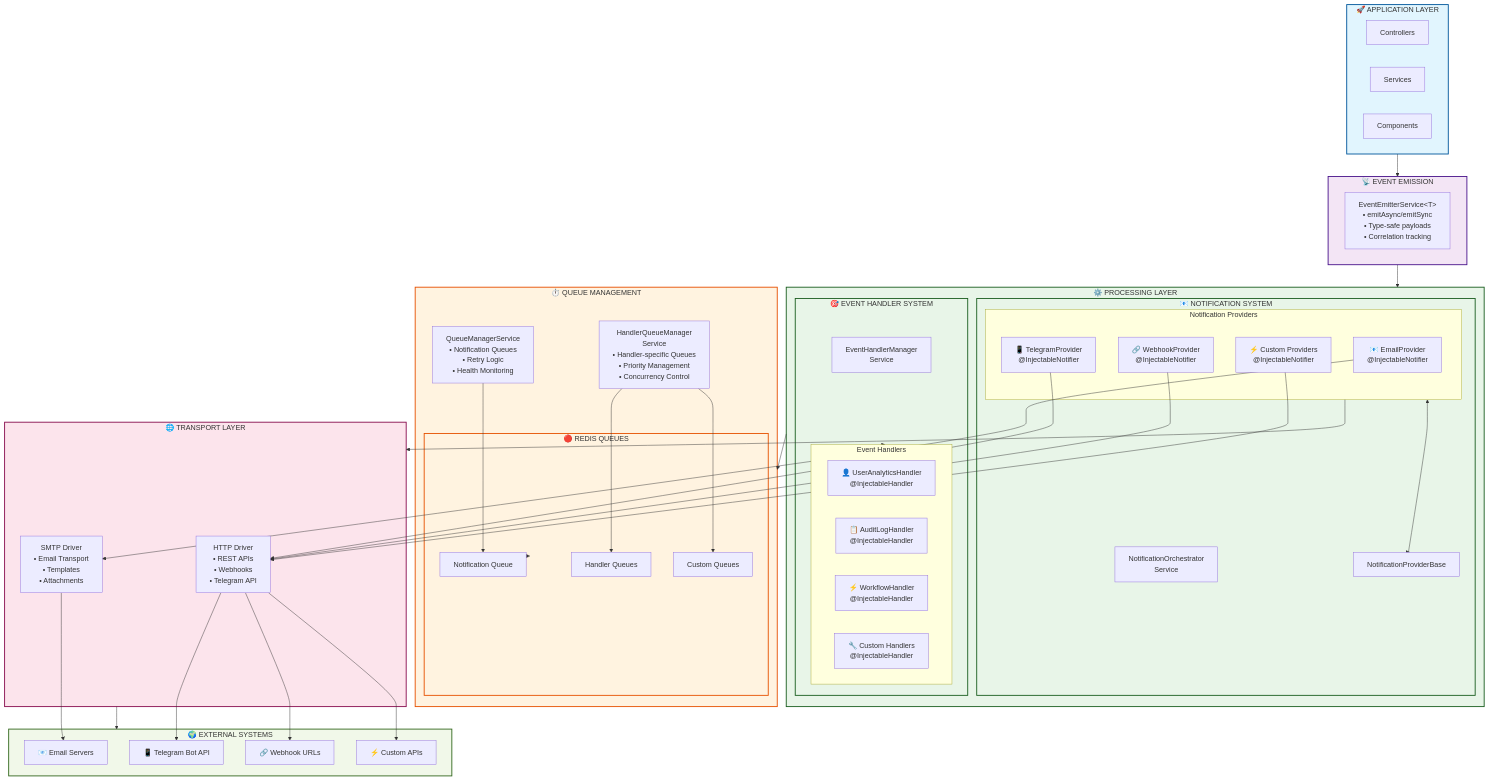
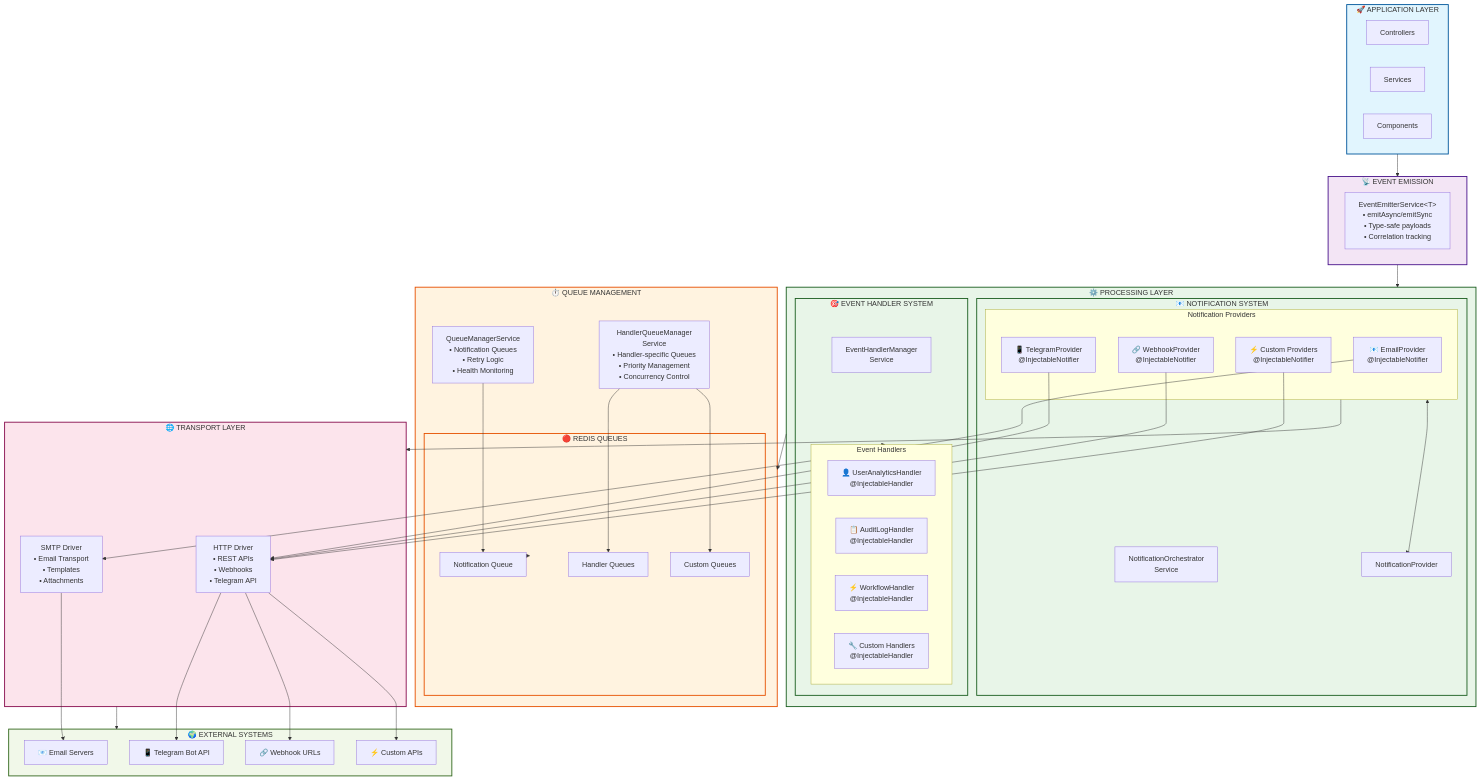
One commit to afidosstar/afidos-nestjs-event-system changed the diagram in README.md. Above: the diagram before and after it, drawn with Mermaid. The commit also changed other lines of this file and 9 other files, not shown here.

First line of the commit message:
refactor: Remove NotificationProviderBase abstract class, use interface only

```diff
--- a/README.md
+++ b/README.md
@@ -44,7 +44,7 @@
     subgraph PROC["⚙️ PROCESSING LAYER"]
         subgraph NOTIF["📧 NOTIFICATION SYSTEM"]
             NOS[NotificationOrchestrator<br/>Service]
-            NPB[NotificationProviderBase]
+            NPB[NotificationProvider]
             
             subgraph PROVIDERS["Notification Providers"]
                 EP[📧 EmailProvider<br/>@InjectableNotifier]
```
